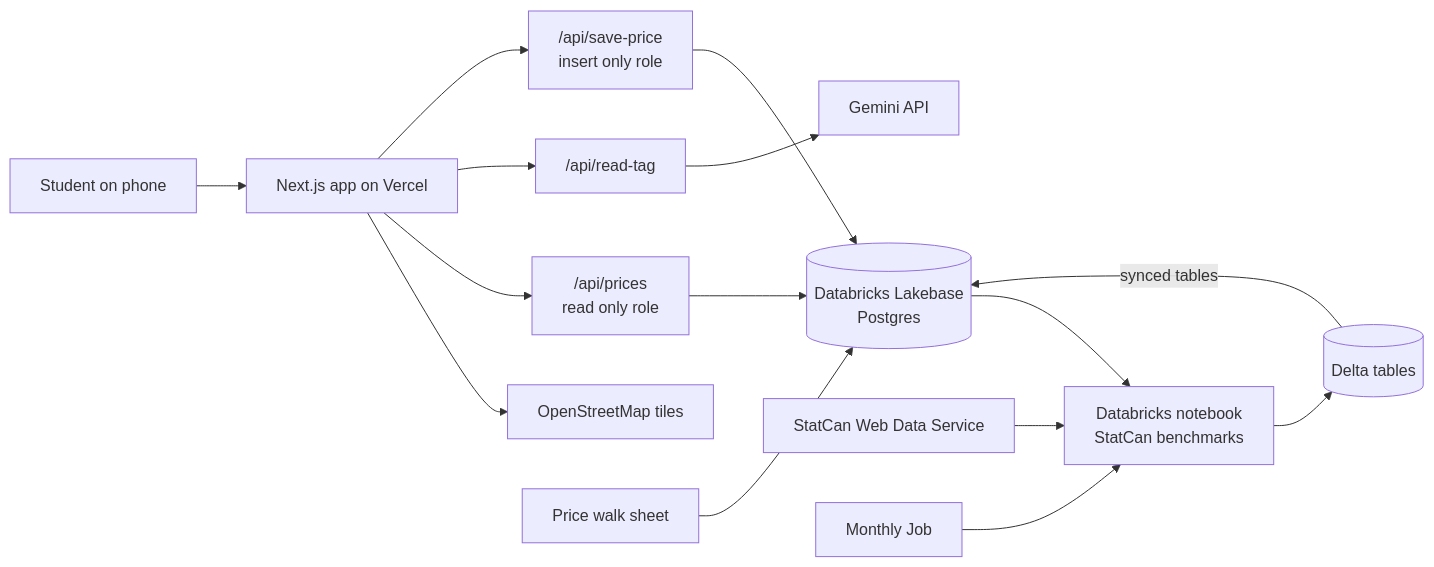
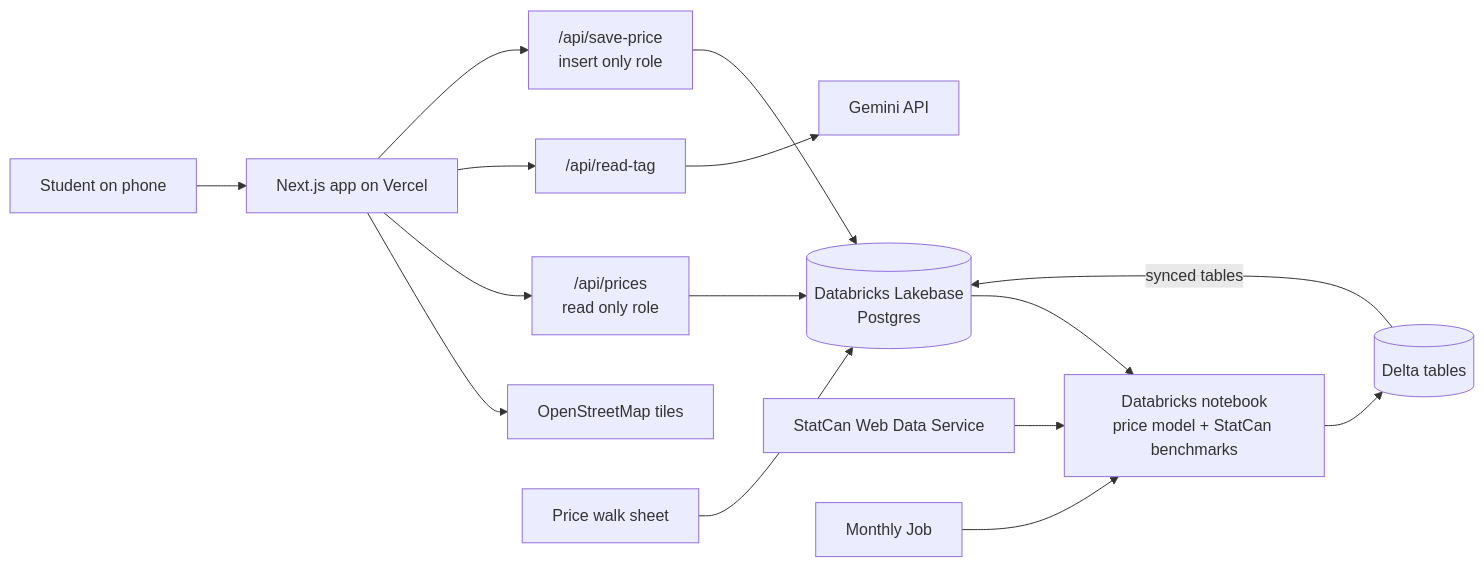
Before and after one commit to danieldalopez/campus-price-map: the diagram in README.md, drawn with Mermaid. The commit also changed other lines of this file, not shown here.

First line of the commit message:
README: add price analysis (fixed effects model)

````diff
--- a/README.md
+++ b/README.md
@@ -79,17 +79,17 @@
 ```mermaid
 flowchart LR
   S["Student on phone"] --> APP["Next.js app on Vercel"]
   APP --> OSM["OpenStreetMap tiles"]
   APP --> P["/api/prices<br/>read only role"]
   APP --> RT["/api/read-tag"]
   APP --> SP["/api/save-price<br/>insert only role"]
   RT --> GEM["Gemini API"]
   P --> DB[("Databricks Lakebase<br/>Postgres")]
   SP --> DB
   SHEET["Price walk sheet"] --> DB
-  DB --> NB["Databricks notebook<br/>StatCan benchmarks"]
+  DB --> NB["Databricks notebook<br/>price model + StatCan benchmarks"]
   SC["StatCan Web Data Service"] --> NB
   NB --> DT[("Delta tables")]
   DT -->|"synced tables"| DB
   JOB["Monthly Job"] --> NB
 ```
````
